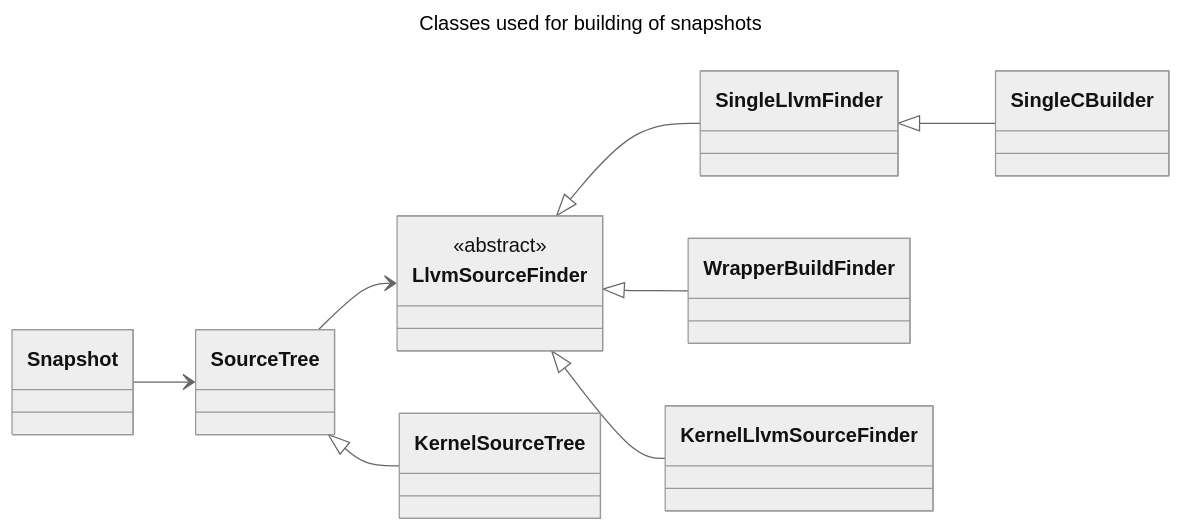
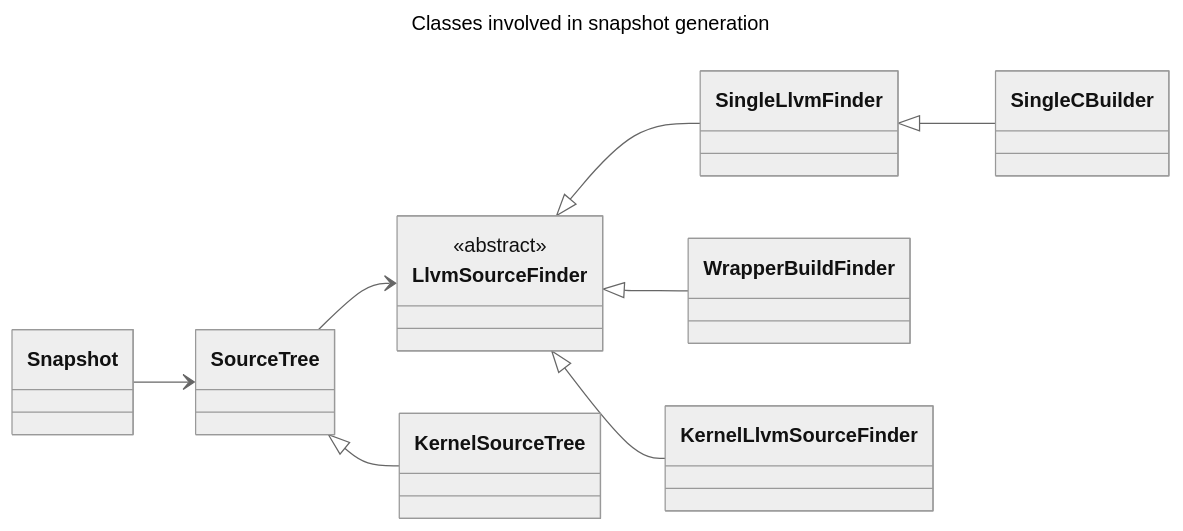
One commit to PLukas2018/diffkemp changed the second of 9 diagrams in docs/architecture.md. Above: the diagram before and after it, drawn with Mermaid. The commit also changed other lines of this file, not shown here.

Commit message:
Edits of intro to snapshot generation phase

````diff
--- a/docs/architecture.md
+++ b/docs/architecture.md
@@ -83,20 +85,20 @@
 ```mermaid
 ---
 # This code renders an image, that does not show on the GitHub app, use a browser
 # to see the image.
-title: Classes used for building of snapshots
+title: Classes involved in snapshot generation
 config:
   theme: neutral
 ---
 classDiagram
   direction LR
   Snapshot --> SourceTree
   SourceTree --> LlvmSourceFinder
   SourceTree <|-- KernelSourceTree
   LlvmSourceFinder <|-- SingleLlvmFinder
   LlvmSourceFinder <|-- WrapperBuildFinder
   LlvmSourceFinder <|-- KernelLlvmSourceFinder
   SingleLlvmFinder <|-- SingleCBuilder
   SourceTree
   <<abstract>> LlvmSourceFinder
 ```
````
